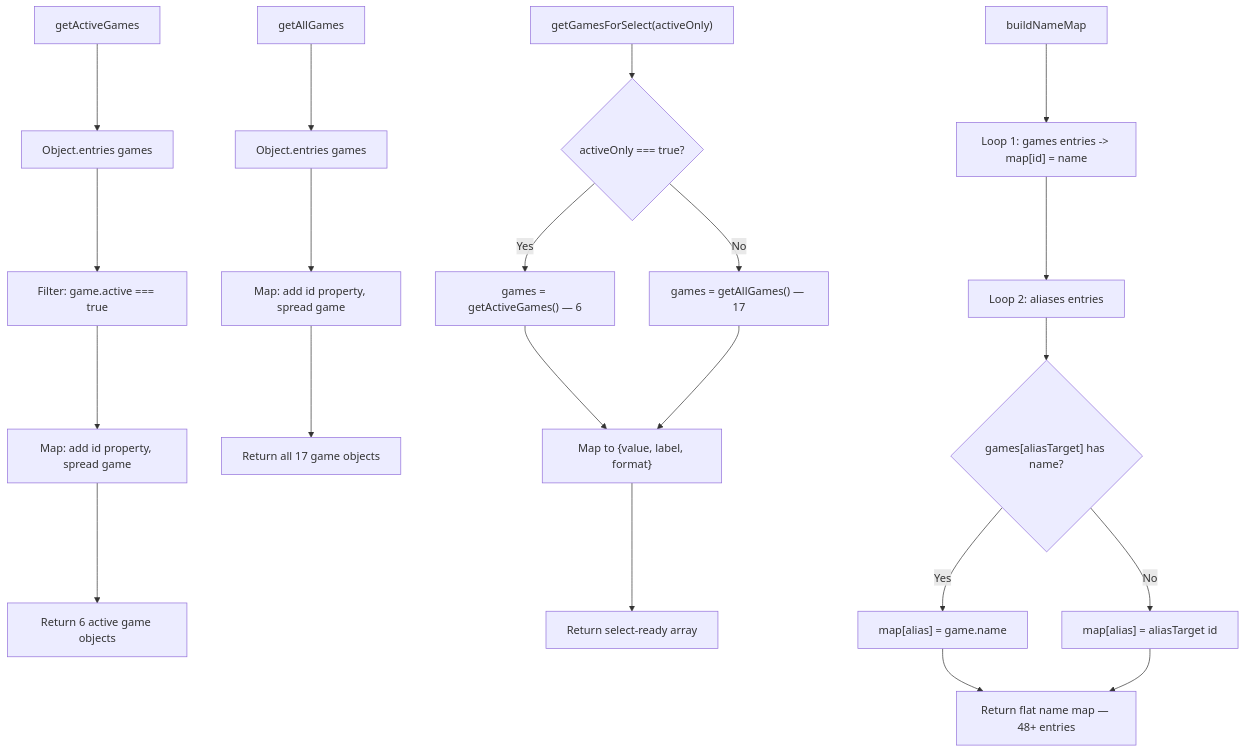
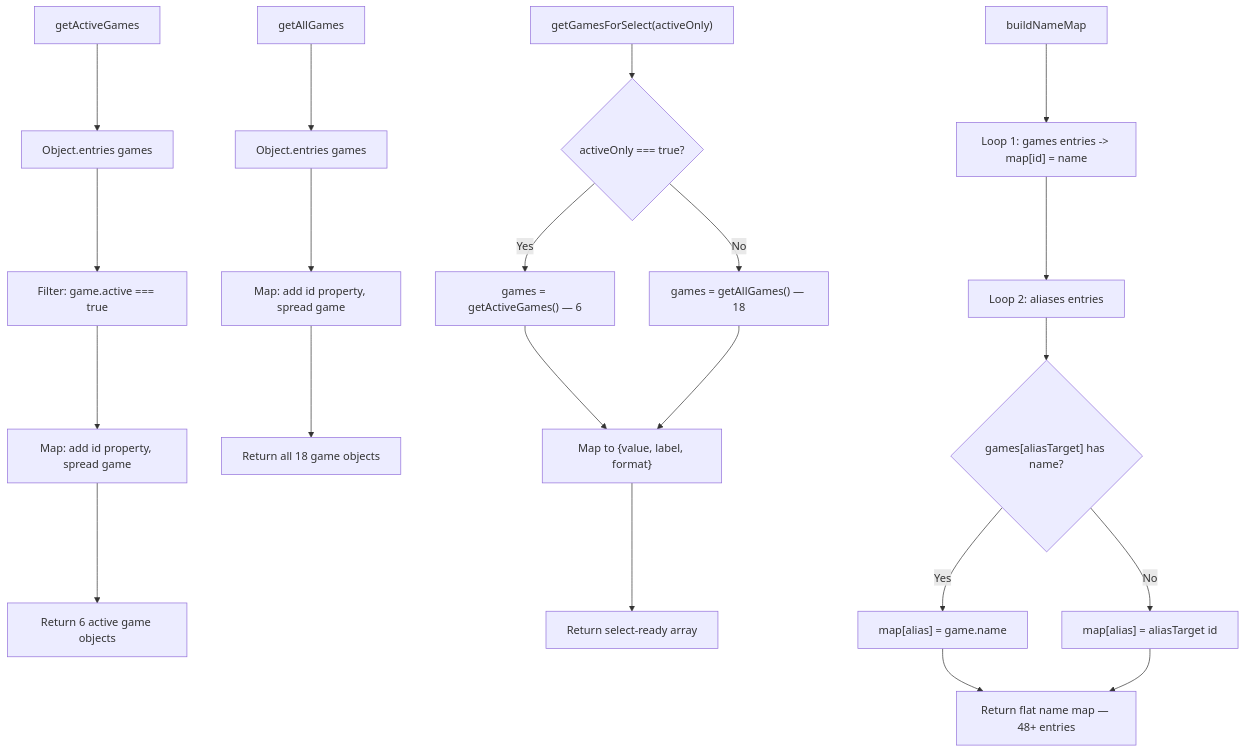
The second of 2 diagrams in BoardGame/docs/architecture/games-config.md (LNiitlahti/BoardGame), drawn with Mermaid before and after one commit. The commit also changed other lines of this file and 25 other files, not shown here.

````diff
--- a/BoardGame/docs/architecture/games-config.md
+++ b/BoardGame/docs/architecture/games-config.md
@@ -49,26 +49,26 @@
 ```mermaid
 flowchart TD
     A[getActiveGames] --> B[Object.entries games]
     B --> C["Filter: game.active === true"]
     C --> D["Map: add id property, spread game"]
     D --> E[Return 6 active game objects]
 
     F[getAllGames] --> G[Object.entries games]
     G --> H["Map: add id property, spread game"]
-    H --> I[Return all 17 game objects]
+    H --> I[Return all 18 game objects]
 
     J["getGamesForSelect(activeOnly)"] --> K{activeOnly === true?}
     K -->|Yes| L["games = getActiveGames() — 6"]
-    K -->|No| M["games = getAllGames() — 17"]
+    K -->|No| M["games = getAllGames() — 18"]
     L --> N["Map to {value, label, format}"]
     M --> N
     N --> O[Return select-ready array]
 
     P[buildNameMap] --> Q["Loop 1: games entries -> map[id] = name"]
     Q --> R[Loop 2: aliases entries]
     R --> S{"games[aliasTarget] has name?"}
     S -->|Yes| T["map[alias] = game.name"]
     S -->|No| U["map[alias] = aliasTarget id"]
     T --> V["Return flat name map — 48+ entries"]
     U --> V
 ```
````
